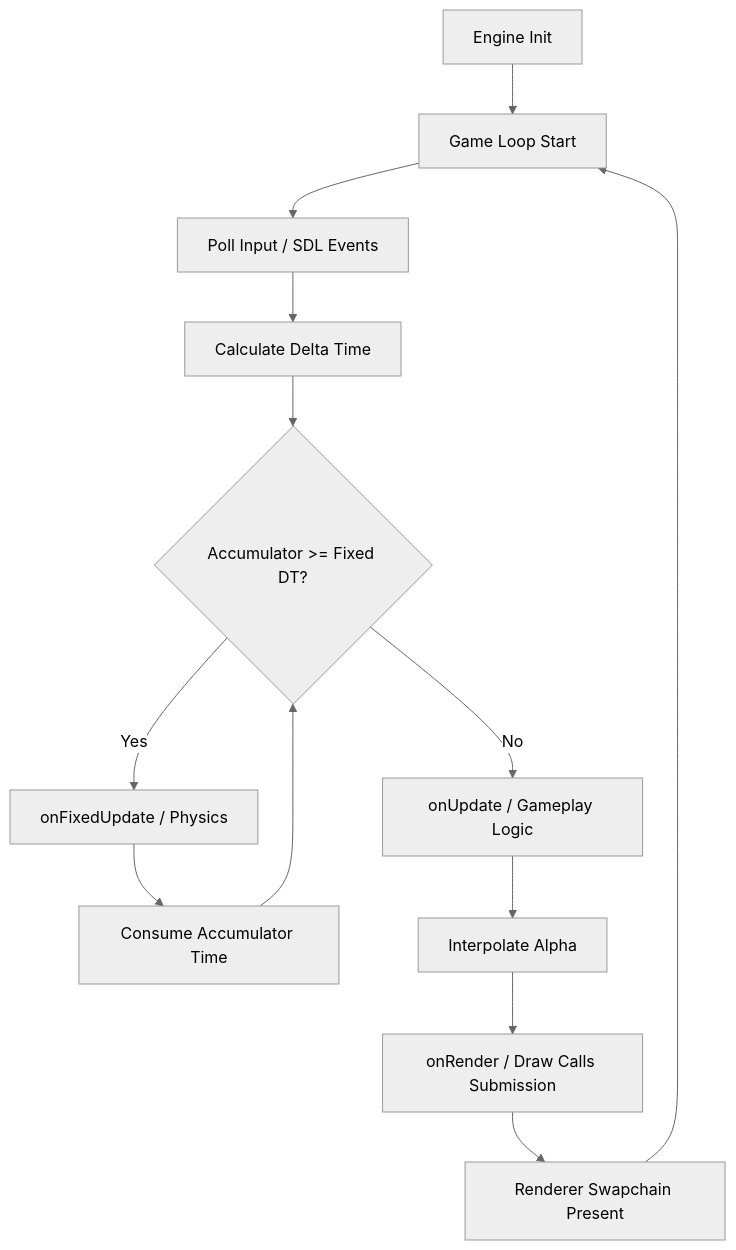
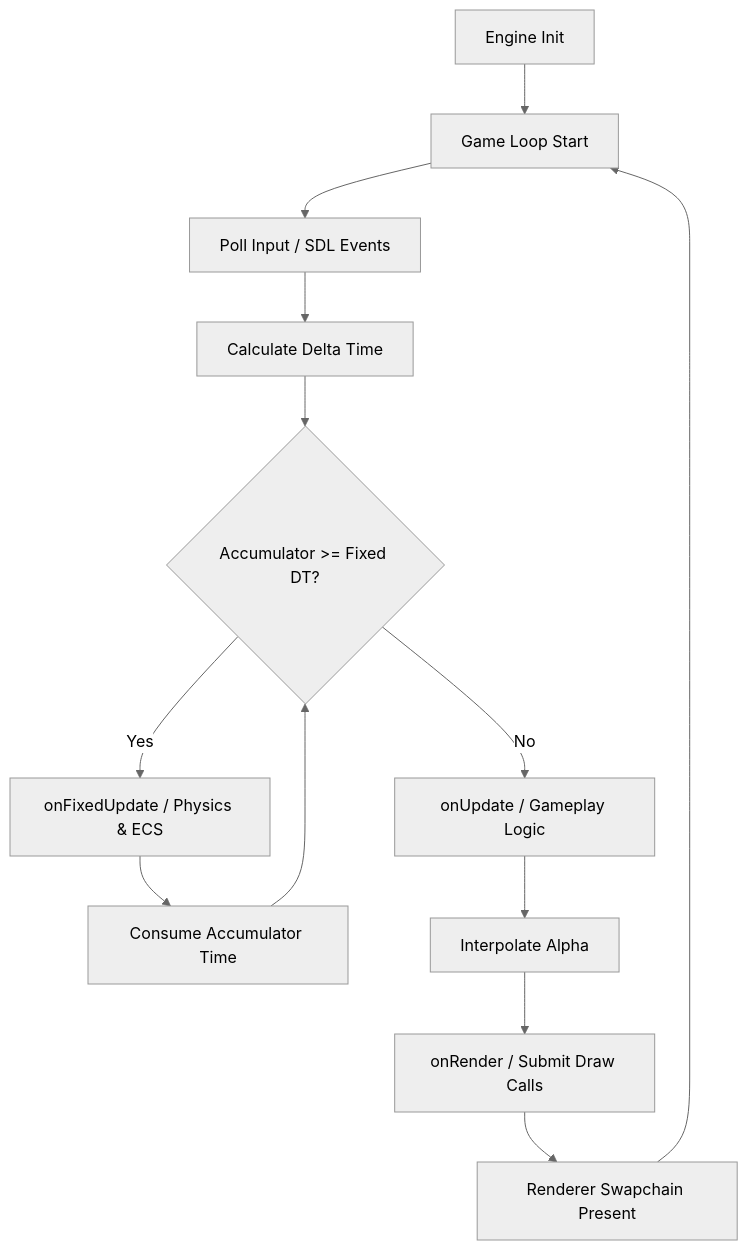
The first of 3 diagrams in docs/ARCHITECTURE.md (Linirby/Lili2D), drawn with Mermaid (neutral theme) before and after one commit. The commit also changed other lines of this file and 10 other files, not shown here.

````diff
--- a/docs/ARCHITECTURE.md
+++ b/docs/ARCHITECTURE.md
@@ -17,15 +13,15 @@
 ```mermaid
 graph TD
     A[Engine Init] --> B[Game Loop Start]
     B --> C[Poll Input / SDL Events]
     C --> D[Calculate Delta Time]
     D --> E{Accumulator >= Fixed DT?}
-    E -- Yes --> F[onFixedUpdate / Physics]
+    E -- Yes --> F[onFixedUpdate / Physics & ECS]
     F --> G[Consume Accumulator Time]
     G --> E
     E -- No --> H[onUpdate / Gameplay Logic]
     H --> I[Interpolate Alpha]
-    I --> J[onRender / Draw Calls Submission]
+    I --> J[onRender / Submit Draw Calls]
     J --> K[Renderer Swapchain Present]
     K --> B
 ```
````
